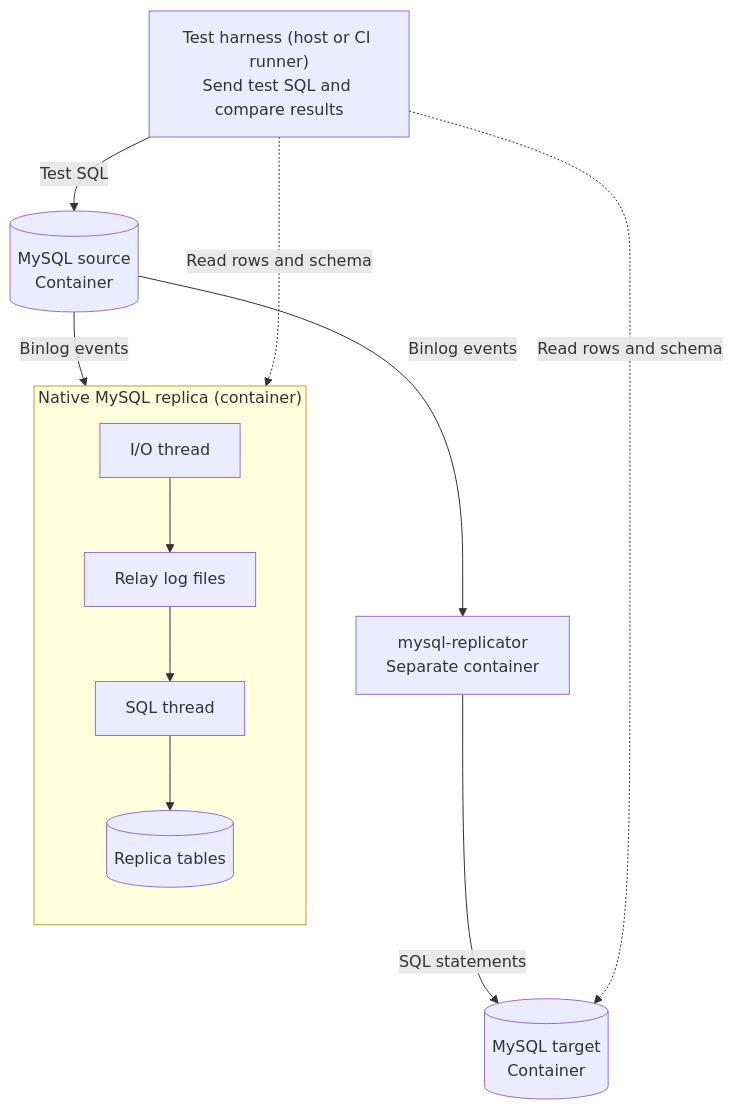
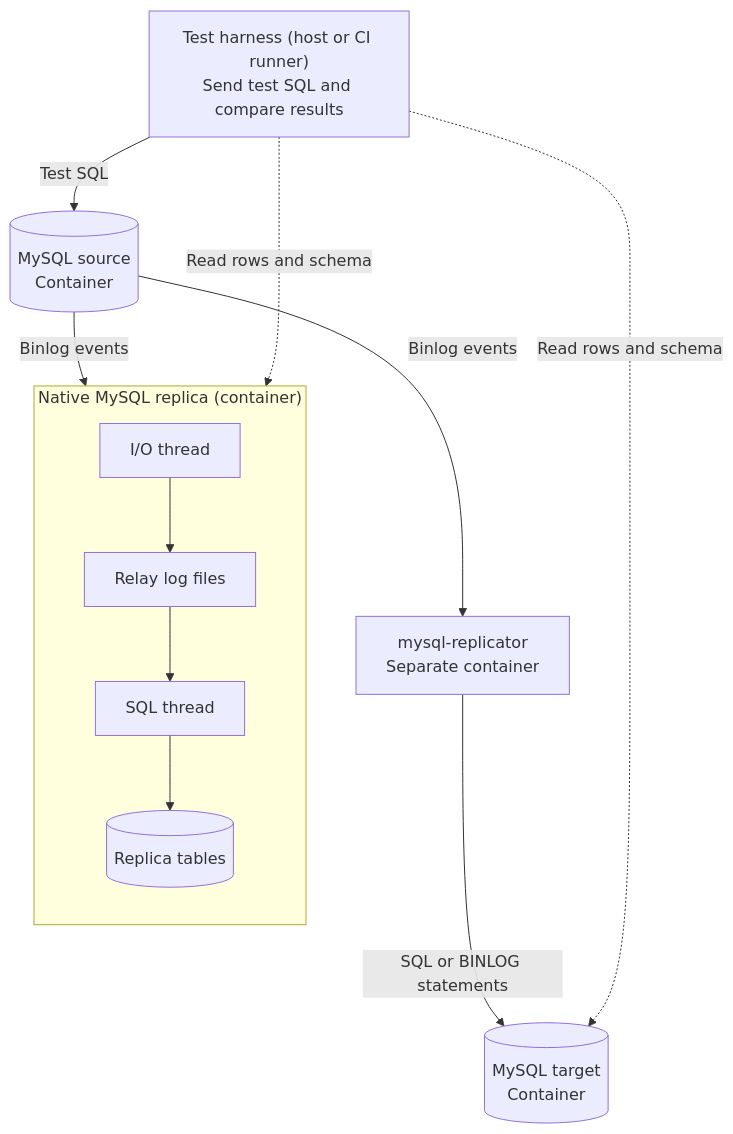
The diagram in README.md (GannettDigital/mysql-replicator), drawn with Mermaid before and after one commit. The commit also changed other lines of this file and 25 other files, not shown here.

````diff
--- a/README.md
+++ b/README.md
@@ -195,23 +201,23 @@
 ```mermaid
 flowchart TB
     harness["Test harness (host or CI runner)<br/>Send test SQL and compare results"]
     source[("MySQL source<br/>Container")]
     applier["mysql-replicator<br/>Separate container"]
     target[("MySQL target<br/>Container")]
 
     subgraph native["Native MySQL replica (container)"]
         direction TB
         ioThread["I/O thread"]
         relay["Relay log files"]
         sqlThread["SQL thread"]
         nativeTables[("Replica tables")]
         ioThread --> relay --> sqlThread --> nativeTables
     end
 
     harness -->|Test SQL| source
     source -->|Binlog events| ioThread
     source -->|Binlog events| applier
-    applier -->|SQL statements| target
+    applier -->|SQL or BINLOG statements| target
     harness -.->|Read rows and schema| nativeTables
     harness -.->|Read rows and schema| target
 ```
````
